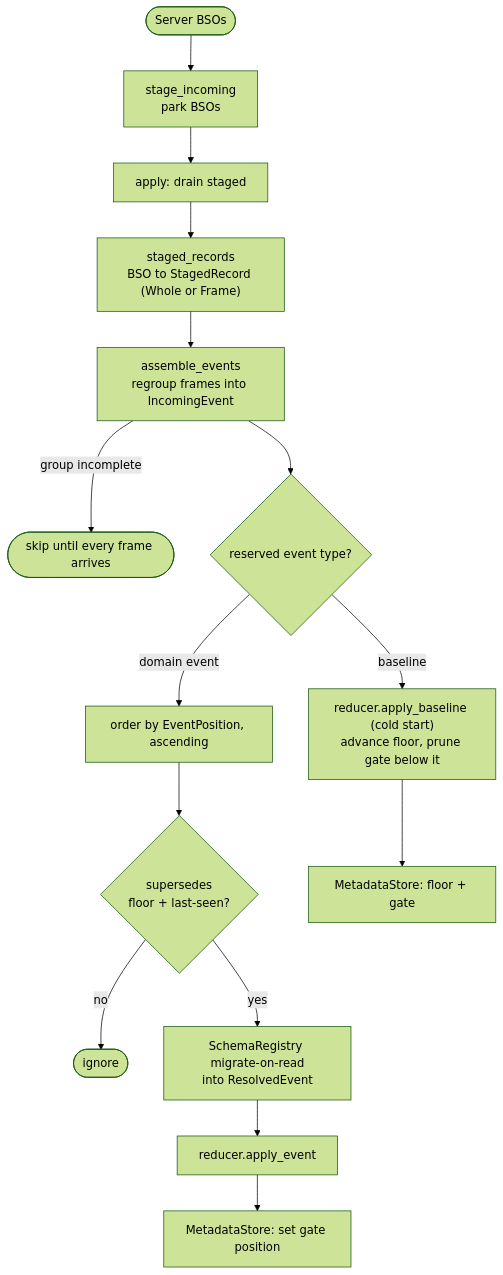
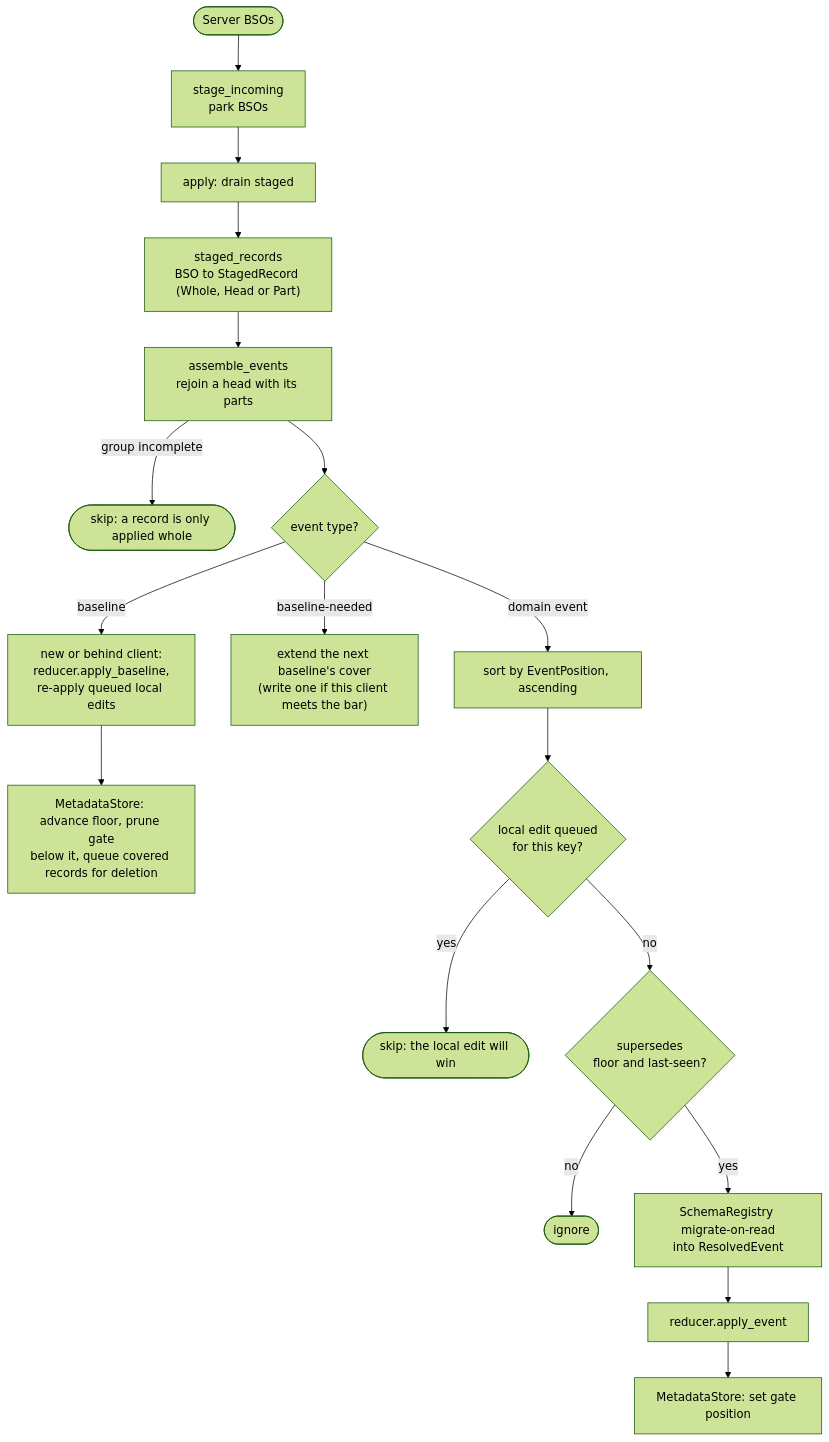
One commit to mozilla/application-services changed the second of 3 diagrams in components/event_based_sync_engine/README.md. Above: the diagram before and after it, drawn with Mermaid (forest theme). The commit also changed other lines of this file, not shown here.

````diff
--- a/components/event_based_sync_engine/README.md
+++ b/components/event_based_sync_engine/README.md
@@ -22,17 +207,20 @@
 ```mermaid
 flowchart TD
     S(["Server BSOs"]) --> ST["stage_incoming<br/>park BSOs"]
     ST --> AP["apply: drain staged"]
-    AP --> SR["staged_records<br/>BSO to StagedRecord (Whole or Frame)"]
-    SR --> AE["assemble_events<br/>regroup frames into IncomingEvent"]
-    AE -->|"group incomplete"| SK(["skip until every frame arrives"])
-    AE --> SPLIT{"reserved event type?"}
-    SPLIT -->|"baseline"| BL["reducer.apply_baseline (cold start)<br/>advance floor, prune gate below it"]
-    SPLIT -->|"domain event"| ORD["order by EventPosition, ascending"]
-    ORD --> GATE{"supersedes<br/>floor + last-seen?"}
+    AP --> SR["staged_records<br/>BSO to StagedRecord (Whole, Head or Part)"]
+    SR --> AE["assemble_events<br/>rejoin a head with its parts"]
+    AE -->|"group incomplete"| SK(["skip: a record is only applied whole"])
+    AE --> SPLIT{"event type?"}
+    SPLIT -->|"baseline"| BL["new or behind client:<br/>reducer.apply_baseline,<br/>re-apply queued local edits"]
+    BL --> MP["MetadataStore: advance floor, prune gate<br/>below it, queue covered records for deletion"]
+    SPLIT -->|"baseline-needed"| MK["extend the next baseline's cover<br/>(write one if this client meets the bar)"]
+    SPLIT -->|"domain event"| ORD["sort by EventPosition, ascending"]
+    ORD --> PK{"local edit queued<br/>for this key?"}
+    PK -->|"yes"| SKP(["skip: the local edit will win"])
+    PK -->|"no"| GATE{"supersedes<br/>floor and last-seen?"}
     GATE -->|"no"| IG(["ignore"])
     GATE -->|"yes"| MIG["SchemaRegistry migrate-on-read<br/>into ResolvedEvent"]
     MIG --> AEV["reducer.apply_event"]
     AEV --> GP["MetadataStore: set gate position"]
-    BL --> MP["MetadataStore: floor + gate"]
 ```
````
